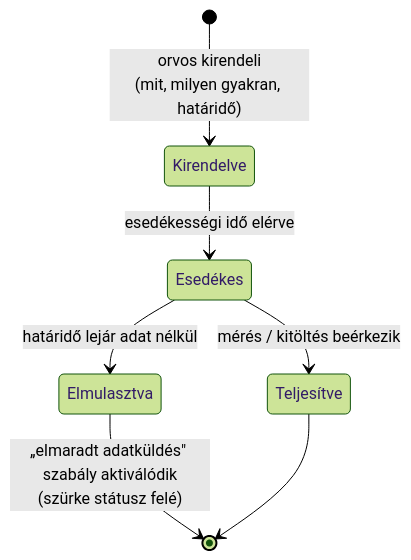
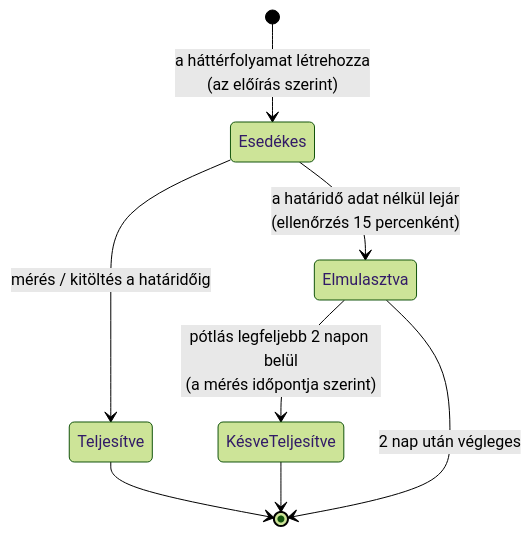
The second of 4 diagrams in docs/M1/06_folyamatabrak.md (szombatikoni/pulse), drawn with Mermaid (forest theme) before and after one commit. The commit also changed other lines of this file and 29 other files, not shown here.

````diff
--- a/docs/M1/06_folyamatabrak.md
+++ b/docs/M1/06_folyamatabrak.md
@@ -32,9 +36,10 @@
 ```mermaid
 stateDiagram-v2
-    [*] --> Kirendelve : orvos kirendeli<br/>(mit, milyen gyakran, határidő)
-    Kirendelve --> Esedékes : esedékességi idő elérve
-    Esedékes --> Teljesítve : mérés / kitöltés beérkezik
-    Esedékes --> Elmulasztva : határidő lejár adat nélkül
-    Elmulasztva --> [*] : „elmaradt adatküldés" szabály aktiválódik<br/>(szürke státusz felé)
+    [*] --> Esedékes : a háttérfolyamat létrehozza<br/>(az előírás szerint)
+    Esedékes --> Teljesítve : mérés / kitöltés a határidőig
+    Esedékes --> Elmulasztva : a határidő adat nélkül lejár<br/>(ellenőrzés 15 percenként)
+    Elmulasztva --> KésveTeljesítve : pótlás legfeljebb 2 napon belül<br/>(a mérés időpontja szerint)
     Teljesítve --> [*]
+    KésveTeljesítve --> [*]
+    Elmulasztva --> [*] : 2 nap után végleges
 ```
````
